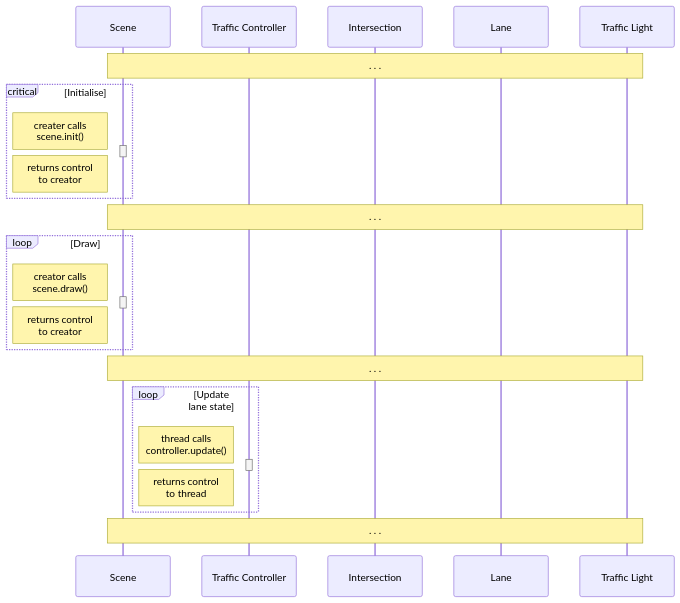
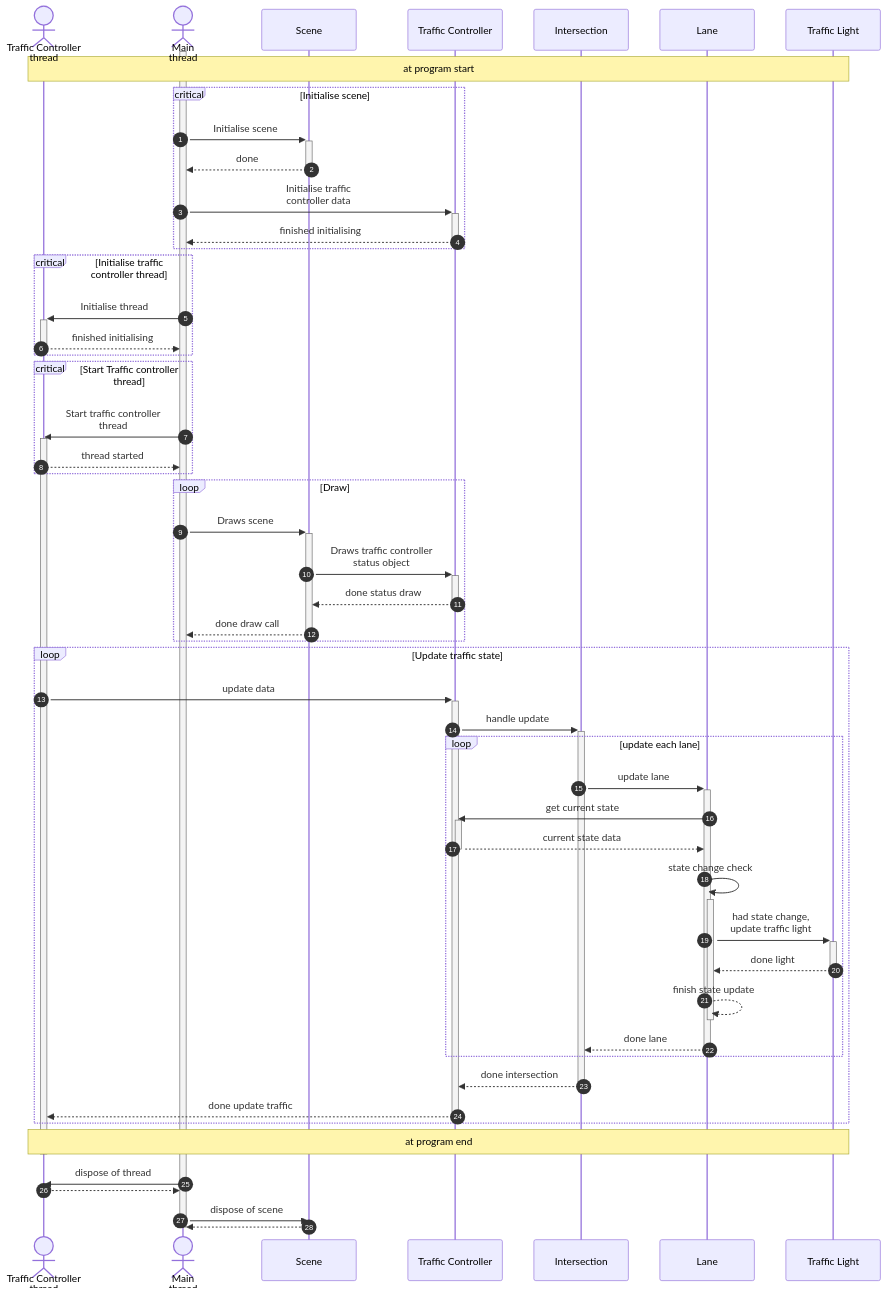
The fifth of 6 diagrams in docs/docs_01_conceptual.md (corbeau217/cpp_opengl_vehicles), drawn with Mermaid before and after one commit. The commit also changed other lines of this file and 1 other file, not shown here.

Commit message:
finished traffic controller sequence diagram

````diff
--- a/docs/docs_01_conceptual.md
+++ b/docs/docs_01_conceptual.md
@@ -485,44 +483,70 @@
 ```mermaid
 sequenceDiagram
     autonumber
     %% -------------------------------------------------
+    Actor TRAFFICTHREAD as Traffic Controller<br>thread
+    Actor MAINTHREAD as Main<br>thread
     participant SCENE as Scene
     participant TRAFFICCONTROLLER as Traffic Controller
     participant INTERSECTION as Intersection
     participant LANE as Lane
     participant TRAFFICLIGHT as Traffic Light
     %% ...
     %% -------------------------------------------------
-    note over SCENE,TRAFFICLIGHT: . . . 
     %% -------------------------------------------------
-    critical Initialise
-    note left of SCENE: creater calls<br>scene.init()
-    activate SCENE
-    %% ...
-    deactivate SCENE
-    note left of SCENE: returns control<br>to creator
+    activate MAINTHREAD
+    note over TRAFFICTHREAD,TRAFFICLIGHT: at program start
+    %% -------------------------------------------------
+    critical Initialise scene
+    MAINTHREAD ->>+ SCENE : Initialise scene
+    SCENE -->>- MAINTHREAD : done
+    MAINTHREAD ->>+ TRAFFICCONTROLLER : Initialise traffic<br>controller data
+    TRAFFICCONTROLLER -->>- MAINTHREAD : finished initialising
     end
     %% -------------------------------------------------
-    note over SCENE,TRAFFICLIGHT: . . . 
+    critical Initialise traffic controller thread
+    MAINTHREAD ->>+ TRAFFICTHREAD : Initialise thread
+    TRAFFICTHREAD -->>- MAINTHREAD : finished initialising
+    end
+    %% -------------------------------------------------
+    critical Start Traffic controller thread
+    MAINTHREAD ->> TRAFFICTHREAD : Start traffic controller<br>thread
+    activate TRAFFICTHREAD
+    TRAFFICTHREAD -->> MAINTHREAD : thread started
+    end
     %% -------------------------------------------------
     loop Draw
-    note left of SCENE: creator calls<br>scene.draw()
-    activate SCENE
-    %% ...
-    deactivate SCENE
-    note left of SCENE: returns control<br>to creator
+    MAINTHREAD ->>+ SCENE : Draws scene
+    SCENE ->>+ TRAFFICCONTROLLER : Draws traffic controller<br>status object
+    TRAFFICCONTROLLER -->>- SCENE : done status draw
+    SCENE -->>- MAINTHREAD : done draw call
     end
     %% -------------------------------------------------
-    note over SCENE,TRAFFICLIGHT: . . . 
-    %% -------------------------------------------------
-    loop Update lane state
-    note left of TRAFFICCONTROLLER: thread calls<br>controller.update()
-    activate TRAFFICCONTROLLER
-    %% ...
-    deactivate TRAFFICCONTROLLER
-    note left of TRAFFICCONTROLLER: returns control<br>to thread
+    loop Update traffic state
+    TRAFFICTHREAD ->>+ TRAFFICCONTROLLER : update data
+    TRAFFICCONTROLLER ->>+ INTERSECTION : handle update
+    loop update each lane
+    INTERSECTION ->>+ LANE : update lane
+    LANE ->>+ TRAFFICCONTROLLER : get current state
+    TRAFFICCONTROLLER -->>- LANE : current state data
+    LANE ->>+ LANE : state change check
+    LANE ->>+ TRAFFICLIGHT : had state change,<br>update traffic light
+    TRAFFICLIGHT -->>- LANE : done light
+    LANE -->>- LANE : finish state update
+    LANE -->>- INTERSECTION : done lane
+    end
+    INTERSECTION -->>- TRAFFICCONTROLLER : done intersection
+    TRAFFICCONTROLLER -->>- TRAFFICTHREAD : done update traffic
     end
     %% -------------------------------------------------
-    note over SCENE,TRAFFICLIGHT: . . . 
+    %% -------------------------------------------------
+    note over TRAFFICTHREAD,TRAFFICLIGHT: at program end
+    %% -------------------------------------------------
+    deactivate TRAFFICTHREAD
+    MAINTHREAD ->> TRAFFICTHREAD : dispose of thread
+    TRAFFICTHREAD -->> MAINTHREAD : 
+    MAINTHREAD ->> SCENE : dispose of scene
+    SCENE -->> MAINTHREAD : 
+    deactivate MAINTHREAD
     %% -------------------------------------------------
 ```
````
